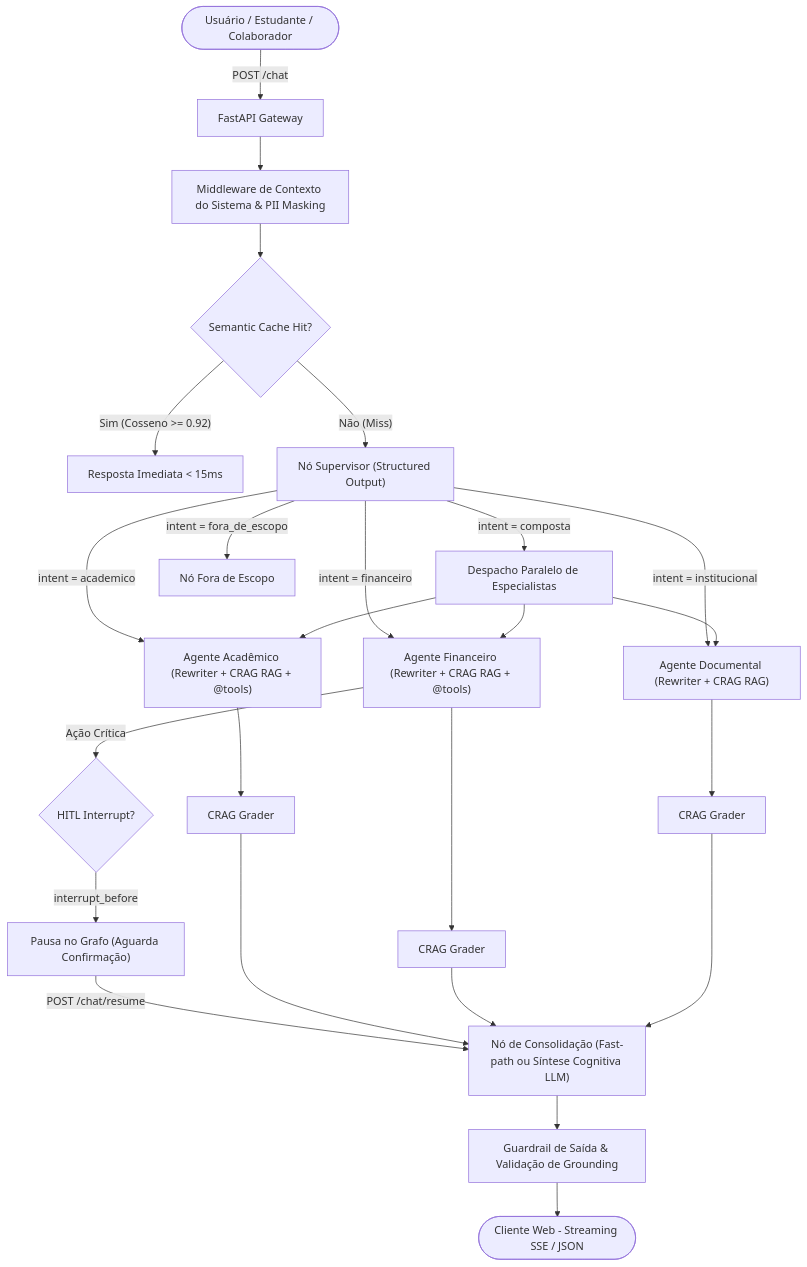
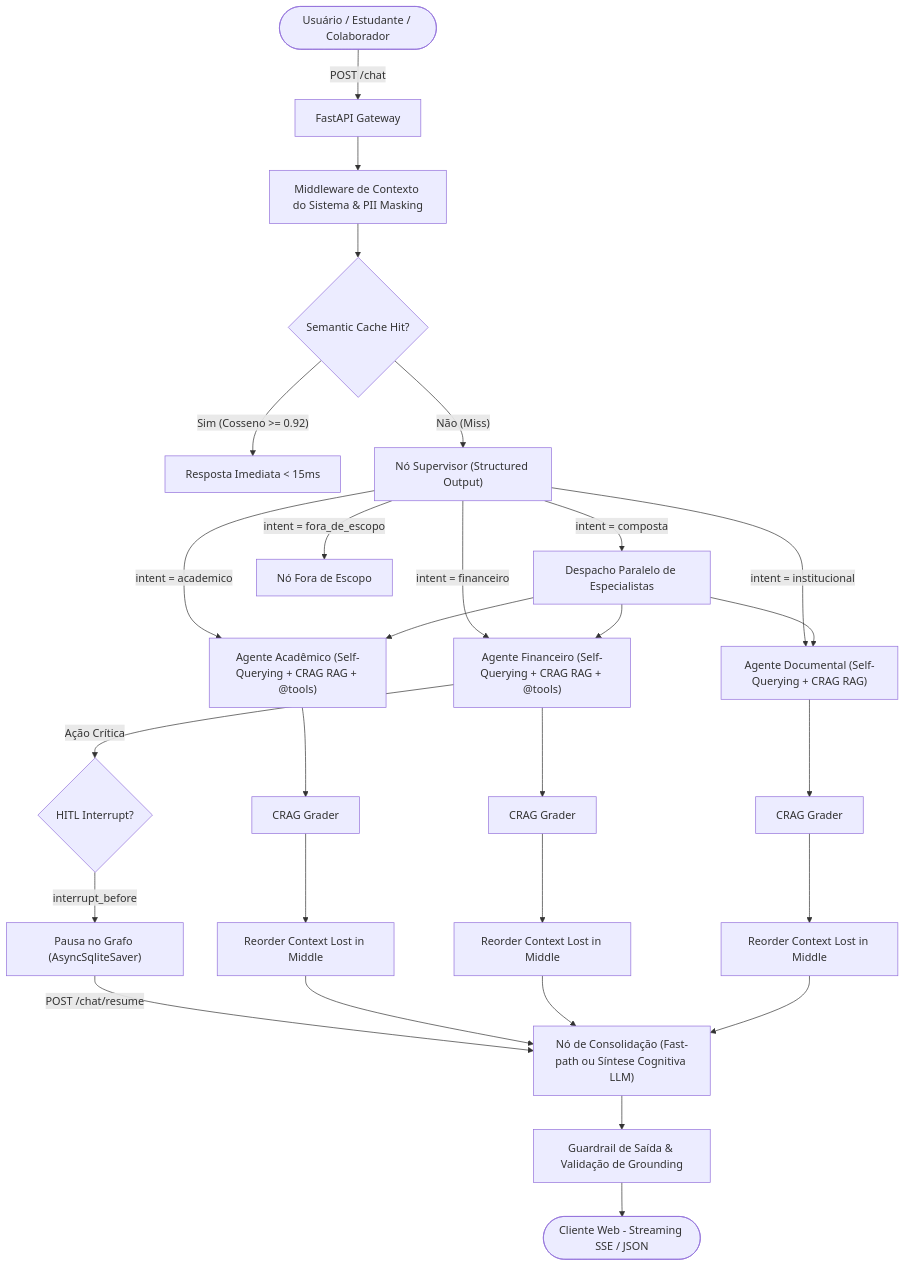
One commit to henriquebotelhogomes/UsiEdu changed the diagram in README.md. Above: the diagram before and after it, drawn with Mermaid. The commit also changed other lines of this file and 17 other files, not shown here.

````diff
--- a/README.md
+++ b/README.md
@@ -52,34 +54,38 @@
 ```mermaid
 graph TD
     User([Usuário / Estudante / Colaborador]) -->|POST /chat| API[FastAPI Gateway]
     API --> Middleware[Middleware de Contexto do Sistema & PII Masking]
     
     Middleware --> Cache{Semantic Cache Hit?}
     Cache -->|"Sim (Cosseno >= 0.92)"| FastResponse[Resposta Imediata < 15ms]
     Cache -->|"Não (Miss)"| Supervisor["Nó Supervisor (Structured Output)"]
     
-    Supervisor -->|intent = academico| Academico["Agente Acadêmico (Rewriter + CRAG RAG + @tools)"]
-    Supervisor -->|intent = financeiro| Financeiro["Agente Financeiro (Rewriter + CRAG RAG + @tools)"]
-    Supervisor -->|intent = institucional| Documental["Agente Documental (Rewriter + CRAG RAG)"]
+    Supervisor -->|intent = academico| Academico["Agente Acadêmico (Self-Querying + CRAG RAG + @tools)"]
+    Supervisor -->|intent = financeiro| Financeiro["Agente Financeiro (Self-Querying + CRAG RAG + @tools)"]
+    Supervisor -->|intent = institucional| Documental["Agente Documental (Self-Querying + CRAG RAG)"]
     Supervisor -->|intent = composta| Parallel["Despacho Paralelo de Especialistas"]
     Supervisor -->|intent = fora_de_escopo| OutOfScope["Nó Fora de Escopo"]
     
     Parallel --> Academico
     Parallel --> Financeiro
     Parallel --> Documental
     
     Academico --> CRAG_A[CRAG Grader]
     Financeiro --> CRAG_F[CRAG Grader]
     Documental --> CRAG_D[CRAG Grader]
     
     Financeiro -->|Ação Crítica| HITL{HITL Interrupt?}
-    HITL -->|interrupt_before| Suspend["Pausa no Grafo (Aguarda Confirmação)"]
+    HITL -->|interrupt_before| Suspend["Pausa no Grafo (AsyncSqliteSaver)"]
     Suspend -->|POST /chat/resume| Consolidation
     
-    CRAG_A --> Consolidation["Nó de Consolidação (Fast-path ou Síntese Cognitiva LLM)"]
-    CRAG_F --> Consolidation
-    CRAG_D --> Consolidation
+    CRAG_A --> ReorderA[Reorder Context Lost in Middle]
+    CRAG_F --> ReorderF[Reorder Context Lost in Middle]
+    CRAG_D --> ReorderD[Reorder Context Lost in Middle]
+    
+    ReorderA --> Consolidation["Nó de Consolidação (Fast-path ou Síntese Cognitiva LLM)"]
+    ReorderF --> Consolidation
+    ReorderD --> Consolidation
     
     Consolidation --> GuardrailsOut[Guardrail de Saída & Validação de Grounding]
     GuardrailsOut --> Client([Cliente Web - Streaming SSE / JSON])
 ```
````
